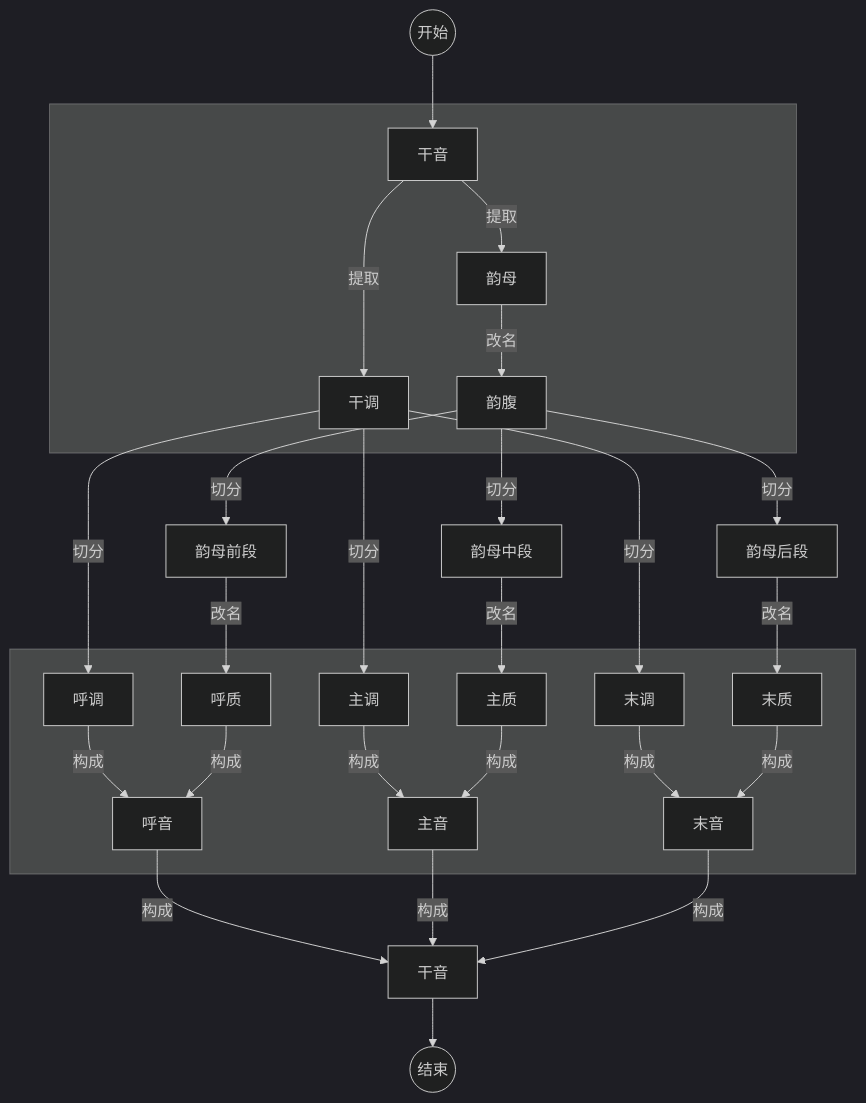
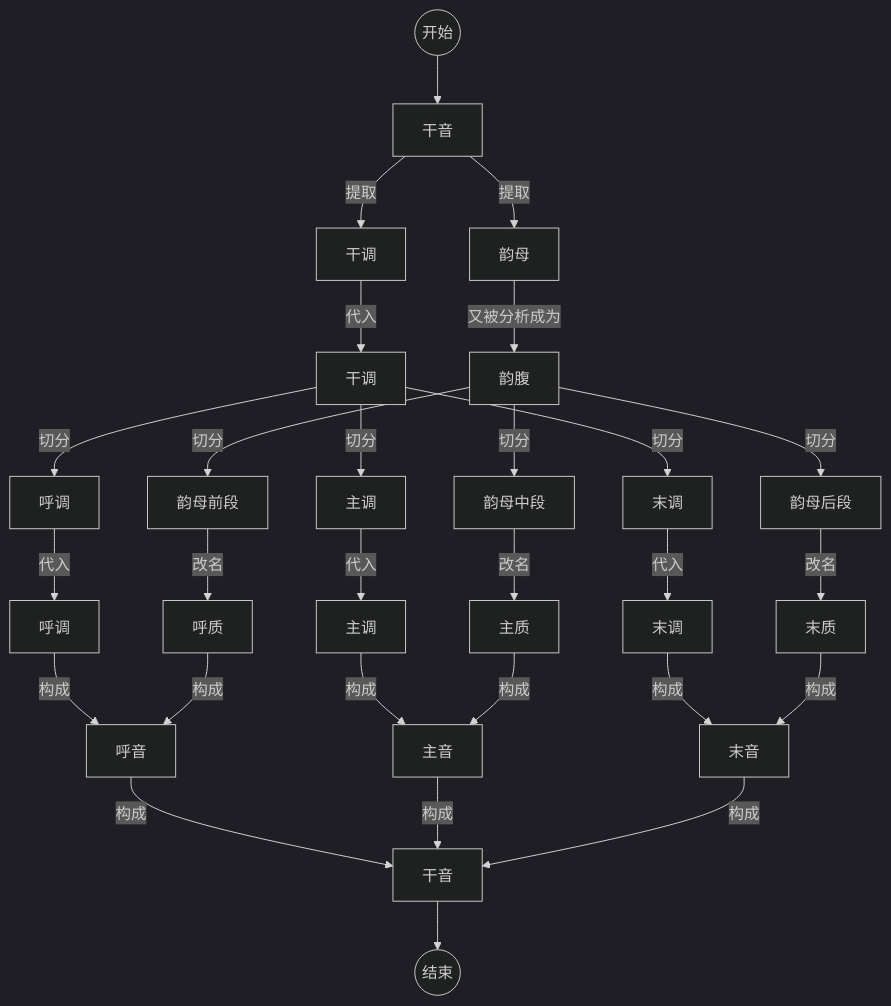
The diagram in YIME_Theory/flowchart/单质干音分析.mmd (tsaanghwang/Yime-prototype), drawn with Mermaid (dark theme) before and after one commit. The commit also changed 3 other files, not shown here.

```diff
--- a/YIME_Theory/flowchart/单质干音分析.mmd
+++ b/YIME_Theory/flowchart/单质干音分析.mmd
@@ -1,28 +1,28 @@
 graph TB
     Start((开始)) --> A[干音]
-    subgraph 分析[ ]
     A --> |提取|B[干调]
     A --> |提取|C[韵母]
-    C --> |改名|D[韵腹]
-    end
+    B --> |代入|B1[干调]
+    B1 --> |切分|B2[呼调]
+    B1 --> |切分|B3[主调]
+    B1 --> |切分|B4[末调]
+    B2 --> |代入|K[呼调]
+    B3 --> |代入|L[主调]
+    B4 --> |代入|M[末调]
+    C --> |又被分析成为|D[韵腹]
     D --> |切分|E[韵母前段]
     D --> |切分|F[韵母中段]
     D --> |切分|G[韵母后段]
     E --> |改名|H[呼质]
     F --> |改名|I[主质]
     G --> |改名|J[末质]
-    B --> |切分|K[呼调]
-    B --> |切分|L[主调]
-    B --> |切分|M[末调]
-    subgraph 构成[ ]
     K -->  |构成|N[呼音]
     H -->  |构成|N
     L -->  |构成|O[主音]
     I -->  |构成|O
     M -->  |构成|P[末音]
     J -->  |构成|P
-    end
     N -->  |构成|Q[干音]
     O -->  |构成|Q
     P -->  |构成|Q
     Q --> End((结束))
```
